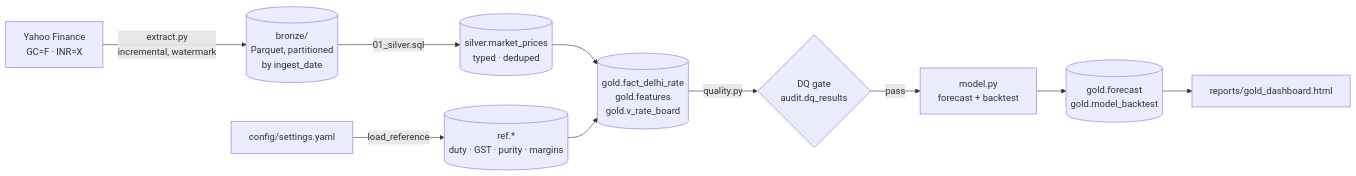
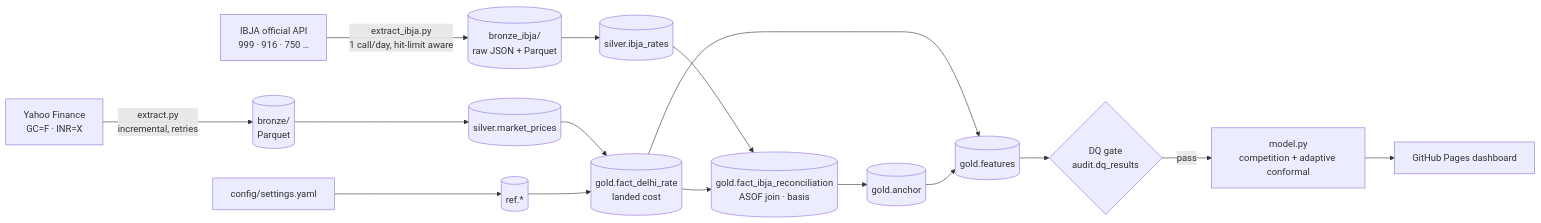
Before and after one commit to sumankarar95-byte/delhi-gold-rate-pipeline: the diagram in README.md, drawn with Mermaid. The commit also changed other lines of this file and 20 other files, not shown here.

First line of the commit message:
Anchor Delhi rate to IBJA benchmark; model competition with adaptive conformal ranges

````diff
--- a/README.md
+++ b/README.md
@@ -7,12 +18,18 @@
 ```mermaid
 flowchart LR
-    Y[Yahoo Finance<br/>GC=F · INR=X] -->|extract.py<br/>incremental, watermark| B[(bronze/<br/>Parquet, partitioned<br/>by ingest_date)]
-    B -->|01_silver.sql| S[(silver.market_prices<br/>typed · deduped)]
-    C[config/settings.yaml] -->|load_reference| R[(ref.*<br/>duty · GST · purity · margins)]
-    S --> G[(gold.fact_delhi_rate<br/>gold.features<br/>gold.v_rate_board)]
-    R --> G
-    G -->|quality.py| Q{DQ gate<br/>audit.dq_results}
-    Q -->|pass| M[model.py<br/>forecast + backtest]
-    M --> F[(gold.forecast<br/>gold.model_backtest)]
-    F --> D[reports/gold_dashboard.html]
+    Y[Yahoo Finance<br/>GC=F · INR=X] -->|extract.py<br/>incremental, retries| B[(bronze/<br/>Parquet)]
+    I[IBJA official API<br/>999 · 916 · 750 …] -->|extract_ibja.py<br/>1 call/day, hit-limit aware| BI[(bronze_ibja/<br/>raw JSON + Parquet)]
+    B --> S[(silver.market_prices)]
+    BI --> SI[(silver.ibja_rates)]
+    C[config/settings.yaml] --> R[(ref.*)]
+    S --> F[(gold.fact_delhi_rate<br/>landed cost)]
+    SI --> RC[(gold.fact_ibja_reconciliation<br/>ASOF join · basis)]
+    F --> RC
+    RC --> A[(gold.anchor)]
+    F --> FE[(gold.features)]
+    A --> FE
+    R --> F
+    FE --> Q{DQ gate<br/>audit.dq_results}
+    Q -->|pass| M[model.py<br/>competition + adaptive conformal]
+    M --> D[GitHub Pages dashboard]
 ```
````
